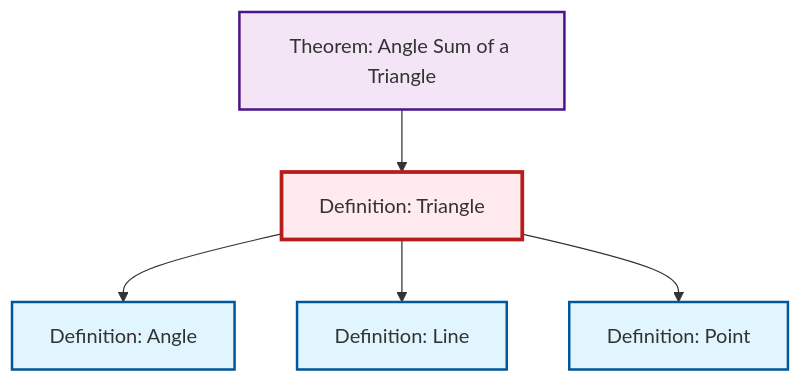
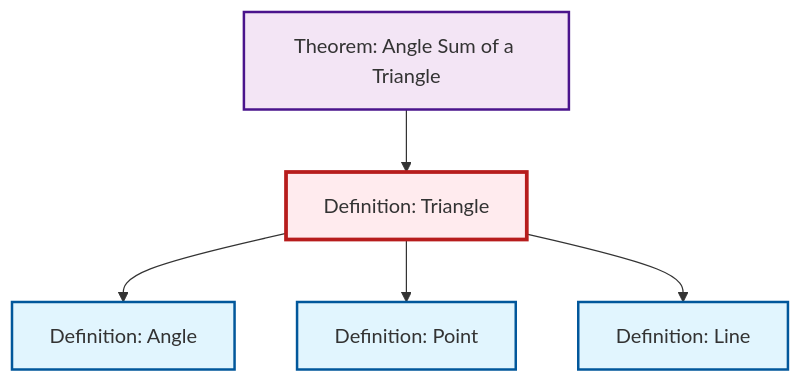
One commit to RK0429/ModernMath changed the diagram in content/ja/geometry/def-triangle.qmd. Above: the diagram before and after it, drawn with Mermaid. The commit also changed other lines of this file and 554 other files, not shown here.

````diff
--- a/content/ja/geometry/def-triangle.qmd
+++ b/content/ja/geometry/def-triangle.qmd
@@ -60,23 +60,23 @@
 ```{mermaid}
 %%| fig-cap: "Local dependency graph"
 graph TD
     classDef definition fill:#e1f5fe,stroke:#01579b,stroke-width:2px
     classDef theorem fill:#f3e5f5,stroke:#4a148c,stroke-width:2px
     classDef axiom fill:#fff3e0,stroke:#e65100,stroke-width:2px
     classDef example fill:#e8f5e9,stroke:#1b5e20,stroke-width:2px
     classDef current fill:#ffebee,stroke:#b71c1c,stroke-width:3px
     def-line["Definition: Line"]:::definition
+    def-triangle["Definition: Triangle"]:::definition
+    def-point["Definition: Point"]:::definition
+    thm-angle-sum-triangle["Theorem: Angle Sum of a Triangle"]:::theorem
     def-angle["Definition: Angle"]:::definition
-    thm-angle-sum-triangle["Theorem: Angle Sum of a Triangle"]:::theorem
-    def-point["Definition: Point"]:::definition
-    def-triangle["Definition: Triangle"]:::definition
+    def-triangle --> def-angle
+    def-triangle --> def-point
     thm-angle-sum-triangle --> def-triangle
-    def-triangle --> def-angle
     def-triangle --> def-line
-    def-triangle --> def-point
     class def-triangle current
     click def-line "def-line.html" "Definition: Lineへ"
+    click def-point "def-point.html" "Definition: Pointへ"
+    click thm-angle-sum-triangle "thm-angle-sum-triangle.html" "Theorem: Angle Sum of a Triangleへ"
     click def-angle "def-angle.html" "Definition: Angleへ"
-    click thm-angle-sum-triangle "thm-angle-sum-triangle.html" "Theorem: Angle Sum of a Triangleへ"
-    click def-point "def-point.html" "Definition: Pointへ"
 ```
````
